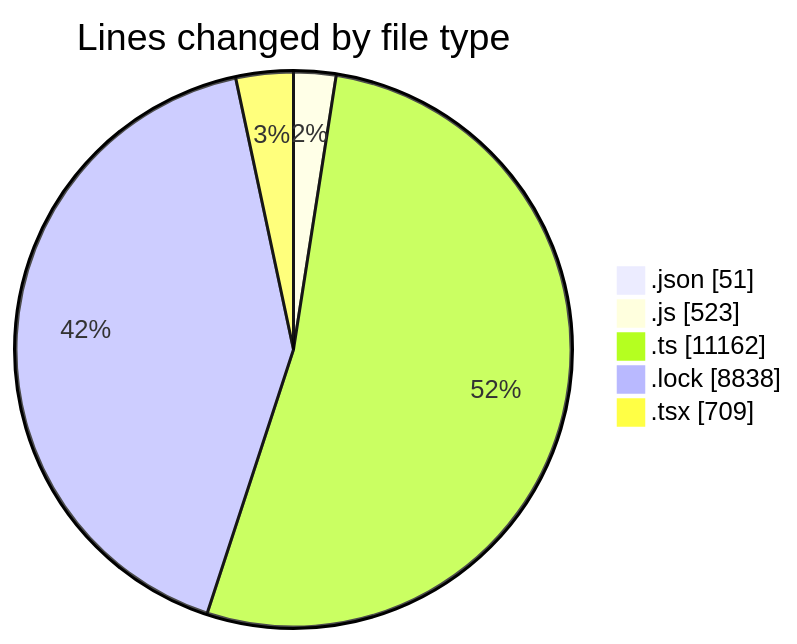
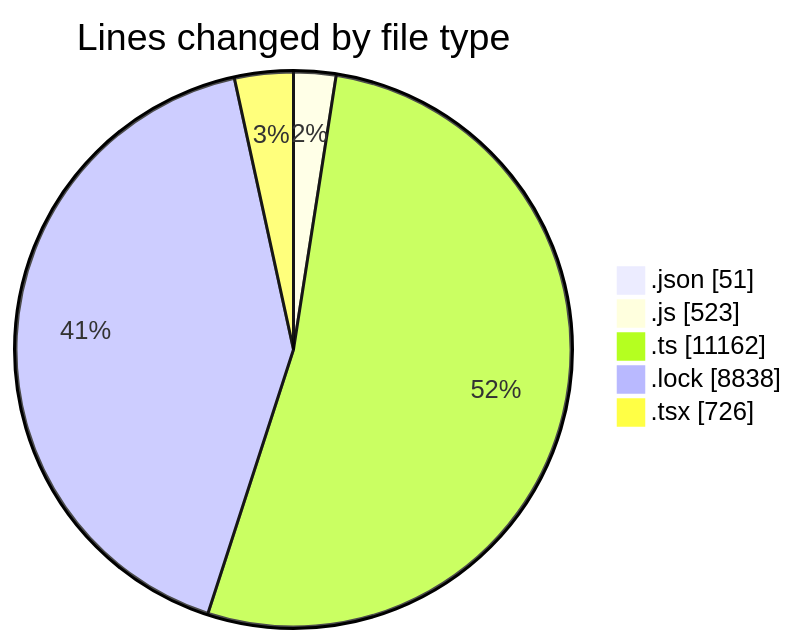
The first of 2 diagrams in 2025-10-08/cda/README.md (momahboobian/code-tracking), drawn with Mermaid before and after one commit. The commit also changed other lines of this file and 1 other file, not shown here.

````diff
--- a/2025-10-08/cda/README.md
+++ b/2025-10-08/cda/README.md
@@ -33,9 +33,9 @@
 ```mermaid
 pie showData
 title Lines changed by file type
 ".json" : 51
 ".js" : 523
 ".ts" : 11162
 ".lock" : 8838
-".tsx" : 709
+".tsx" : 726
 ```
````
